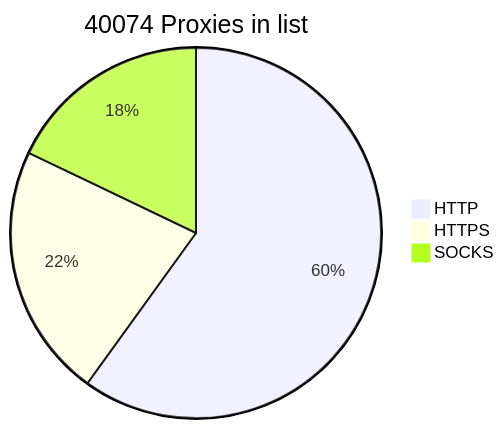
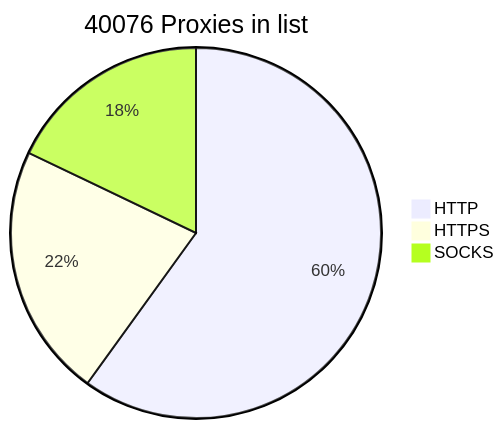
The diagram in README.md (BlackSnowDot/proxylist-update-every-minute), drawn with Mermaid before and after one commit.

````diff
--- a/README.md
+++ b/README.md
@@ -2,6 +2,6 @@
 ```mermaid
-pie title 40074 Proxies in list
-    "HTTP" : 28200
-    "HTTPS": 10420
+pie title 40076 Proxies in list
+    "HTTP" : 28201
+    "HTTPS": 10421
     "SOCKS" : 8414
 ```
````
